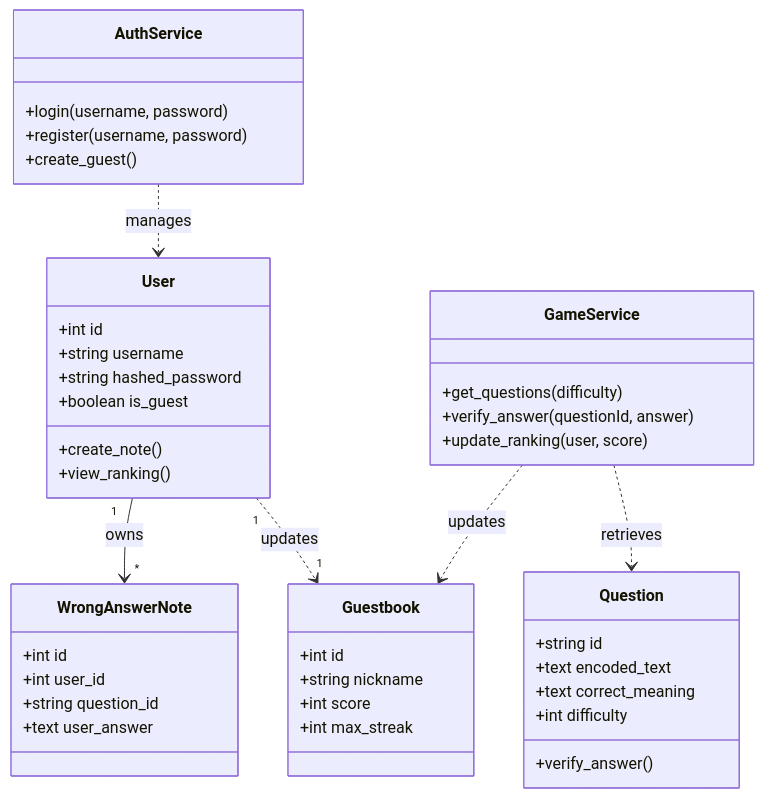
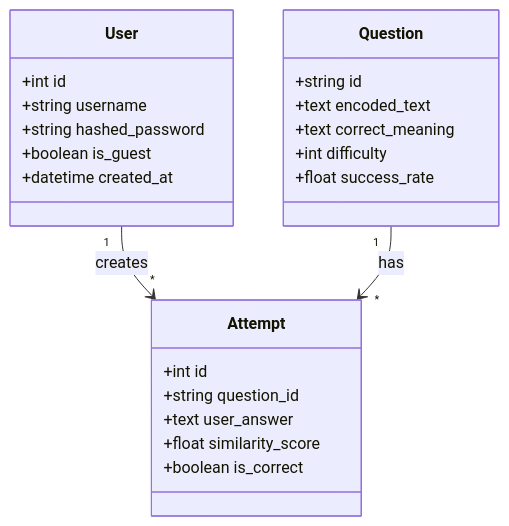
Before and after one commit to himchannnn/context_hunter: the second of 3 diagrams in DESIGN_DOC.md, drawn with Mermaid. The commit also changed other lines of this file and 2 other files, not shown here.

````diff
--- a/DESIGN_DOC.md
+++ b/DESIGN_DOC.md
@@ -221,51 +92,26 @@
 ```mermaid
 classDiagram
     class User {
         +int id
         +string username
         +string hashed_password
         +boolean is_guest
-        +create_note()
-        +view_ranking()
+        +datetime created_at
     }
-
     class Question {
         +string id
         +text encoded_text
         +text correct_meaning
         +int difficulty
-        +verify_answer()
+        +float success_rate
     }
-
-    class WrongAnswerNote {
+    class Attempt {
         +int id
-        +int user_id
         +string question_id
         +text user_answer
+        +float similarity_score
+        +boolean is_correct
     }
-
-    class Guestbook {
-        +int id
-        +string nickname
-        +int score
-        +int max_streak
-    }
-
-    class AuthService {
-        +login(username, password)
-        +register(username, password)
-        +create_guest()
-    }
-
-    class GameService {
-        +get_questions(difficulty)
-        +verify_answer(questionId, answer)
-        +update_ranking(user, score)
-    }
-
-    User "1" --> "*" WrongAnswerNote : owns
-    User "1" ..> "1" Guestbook : updates
-    AuthService ..> User : manages
-    GameService ..> Question : retrieves
-    GameService ..> Guestbook : updates
+    User "1" --> "*" Attempt : creates
+    Question "1" --> "*" Attempt : has
 ```
````
